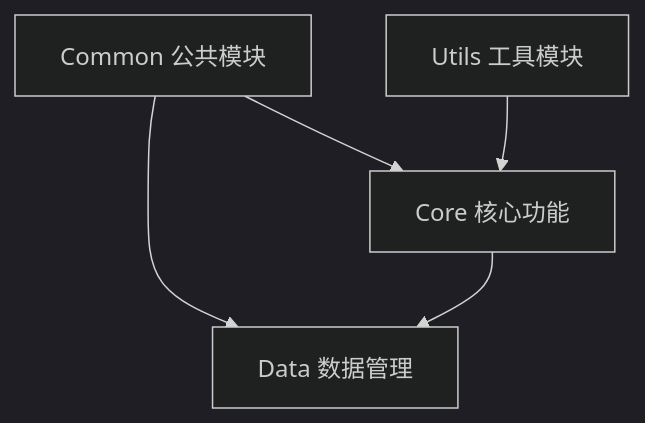
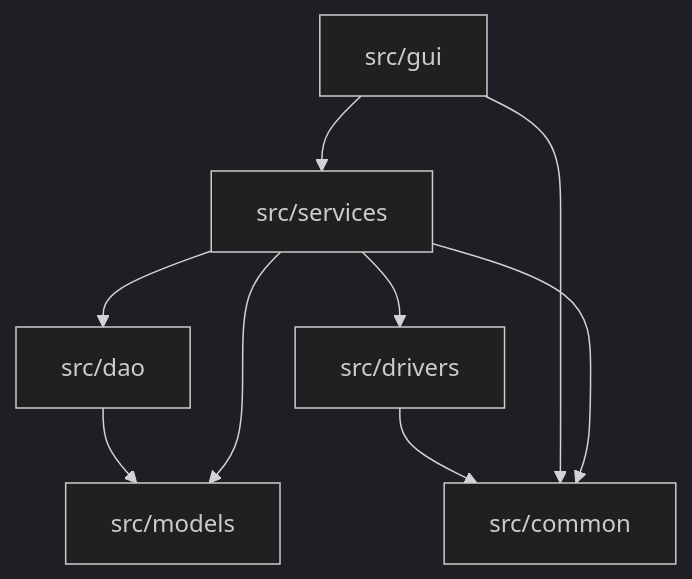
The diagram in docs/developer-docs/architecture/overview/core-modules.md (gzers/ghost-dir), drawn with Mermaid (dark theme) before and after one commit. The commit also changed other lines of this file and 80 other files, not shown here.

````diff
--- a/docs/developer-docs/architecture/overview/core-modules.md
+++ b/docs/developer-docs/architecture/overview/core-modules.md
@@ -9,7 +13,11 @@
 ```mermaid
 graph TD
-    Common[Common 公共模块] --> Core[Core 核心功能]
-    Common --> Data[Data 数据管理]
-    Core --> Data
-    Utils[Utils 工具模块] --> Core
+    GUI[src/gui] --> SVC[src/services]
+    SVC --> DAO[src/dao]
+    SVC --> DRV[src/drivers]
+    DAO --> MODELS[src/models]
+    DRV --> COMMON[src/common]
+    SVC --> MODELS
+    GUI --> COMMON
+    SVC --> COMMON
 ```
````
